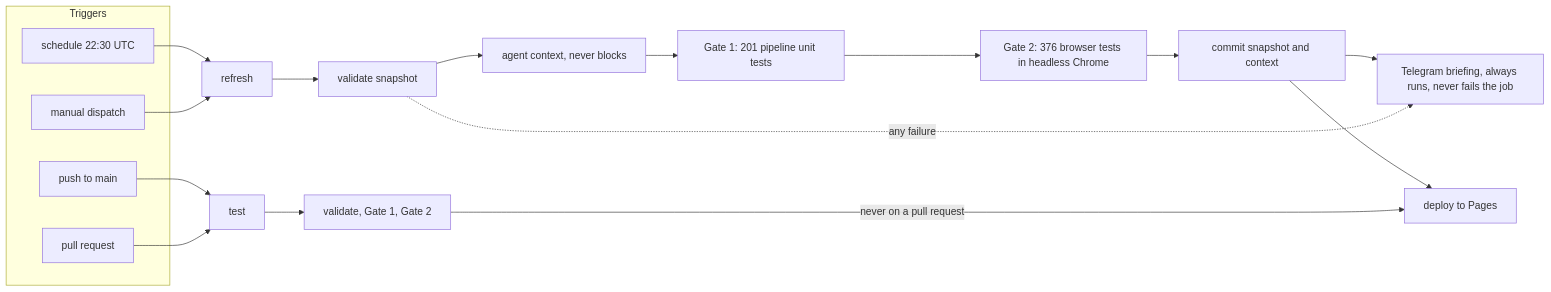
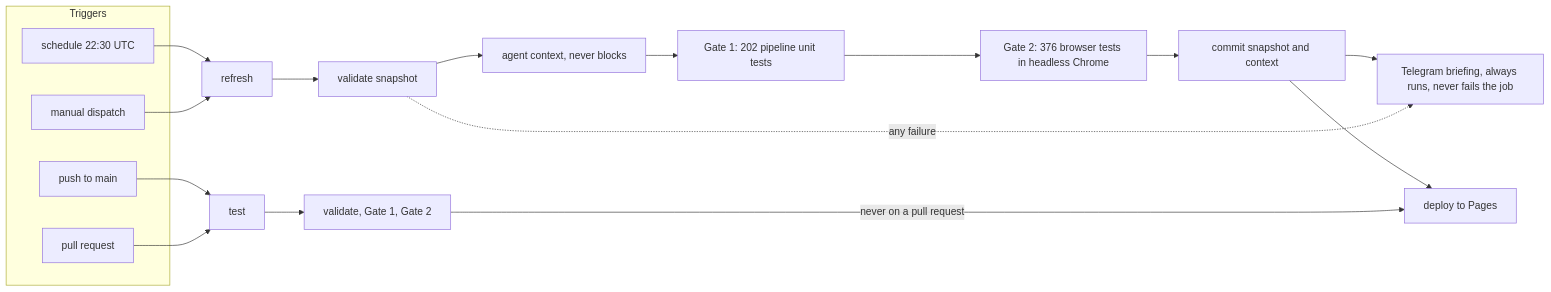
Before and after one commit to myc208/quantlens: the fourth of 6 diagrams in README.md, drawn with Mermaid. The commit also changed other lines of this file and 5 other files, not shown here.

````diff
--- a/README.md
+++ b/README.md
@@ -1001,19 +1008,19 @@
 ```mermaid
 flowchart LR
   subgraph T["Triggers"]
     S["schedule 22:30 UTC"]
     D["manual dispatch"]
     P["push to main"]
     PR["pull request"]
   end
   S --> REF["refresh"]
   D --> REF
   P --> TEST["test"]
   PR --> TEST
-  REF --> V["validate snapshot"] --> BCX["agent context, never blocks"] --> G1["Gate 1: 201 pipeline unit tests"] --> G2["Gate 2: 376 browser tests in headless Chrome"] --> C["commit snapshot and context"]
+  REF --> V["validate snapshot"] --> BCX["agent context, never blocks"] --> G1["Gate 1: 202 pipeline unit tests"] --> G2["Gate 2: 376 browser tests in headless Chrome"] --> C["commit snapshot and context"]
   C --> TG["Telegram briefing, always runs, never fails the job"]
   V -.->|"any failure"| TG
   TEST --> V2["validate, Gate 1, Gate 2"]
   C --> DEP["deploy to Pages"]
   V2 -->|"never on a pull request"| DEP
 ```
````
